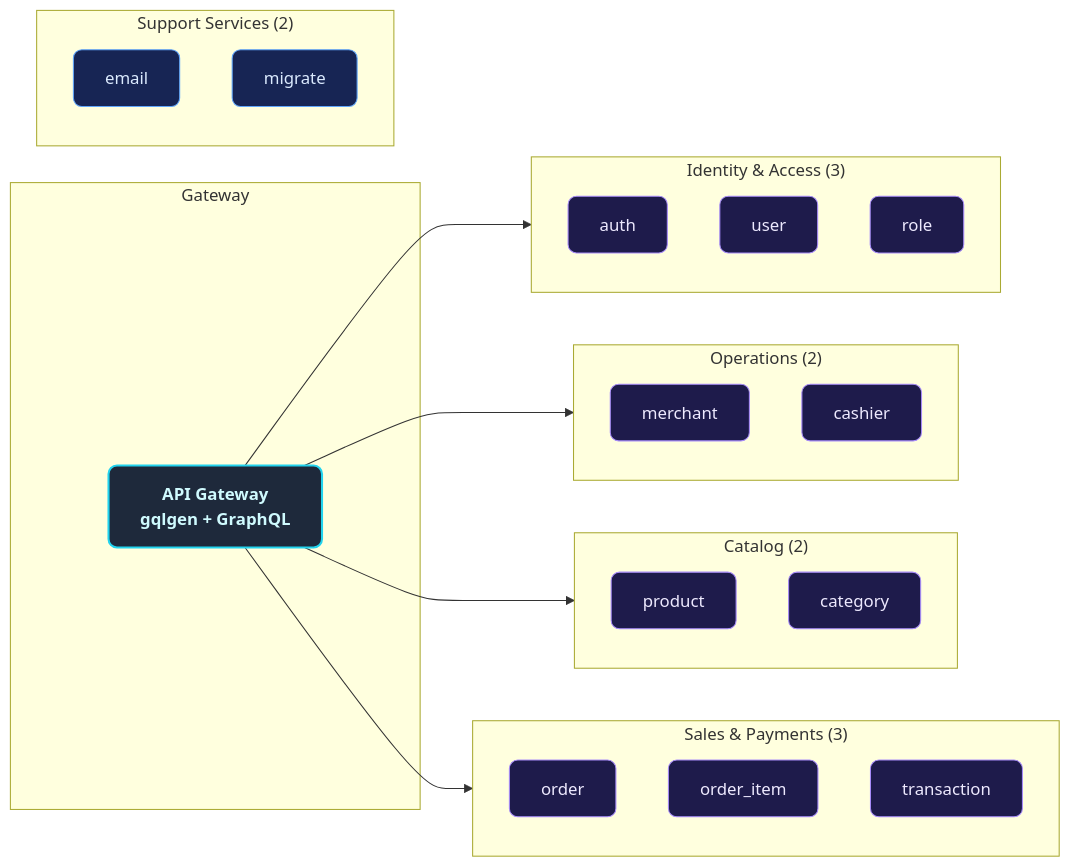
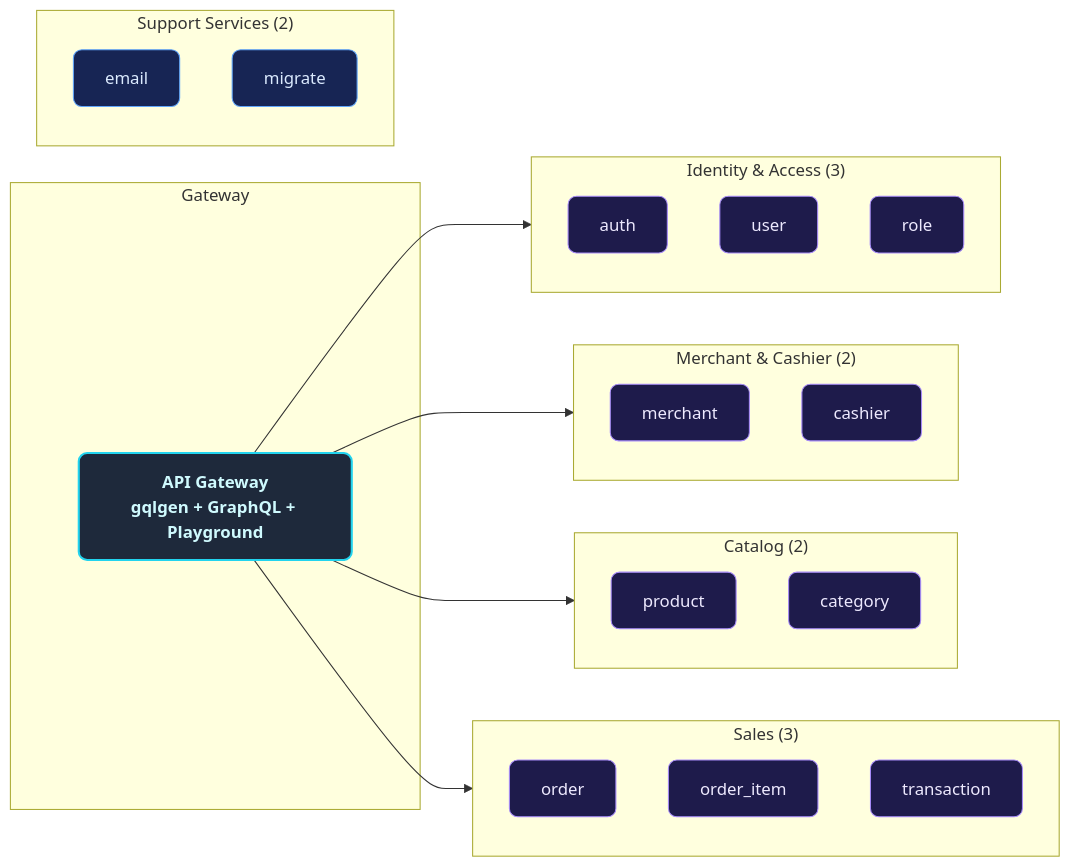
One commit to MamangRust/monolith-graphql-pointofsale-grpc changed the second of 8 diagrams in README.md. Above: the diagram before and after it, drawn with Mermaid. The commit also changed other lines of this file, not shown here.

Commit message:
docs: update README with refined service architecture, infrastructure stack, and updated mermaid diagrams

````diff
--- a/README.md
+++ b/README.md
@@ -139,42 +137,42 @@
 ```mermaid
 graph LR
     classDef svc fill:#1e1b4b,stroke:#a78bfa,color:#ede9fe,stroke-width:1px,rx:8
     classDef gw fill:#1e293b,stroke:#22d3ee,color:#cffafe,stroke-width:2px,rx:8,font-weight:bold
     classDef support fill:#172554,stroke:#60a5fa,color:#dbeafe,stroke-width:1px,rx:8
 
     subgraph Gateway
-        API["API Gateway<br/>gqlgen + GraphQL"]:::gw
+        API["API Gateway<br/>gqlgen + GraphQL + Playground"]:::gw
     end
 
     subgraph Identity["Identity & Access (3)"]
         A1["auth"]:::svc
         A2["user"]:::svc
         A3["role"]:::svc
     end
 
-    subgraph Operations["Operations (2)"]
-        O1["merchant"]:::svc
-        O2["cashier"]:::svc
+    subgraph Merchant["Merchant & Cashier (2)"]
+        M1["merchant"]:::svc
+        M2["cashier"]:::svc
     end
 
     subgraph Catalog["Catalog (2)"]
         C1["product"]:::svc
         C2["category"]:::svc
     end
 
-    subgraph Sales["Sales & Payments (3)"]
-        S1["order"]:::svc
-        S2["order_item"]:::svc
-        S3["transaction"]:::svc
+    subgraph Sales["Sales (3)"]
+        O1["order"]:::svc
+        O2["order_item"]:::svc
+        O3["transaction"]:::svc
     end
 
     subgraph Support["Support Services (2)"]
-        SU1["email"]:::support
-        SU2["migrate"]:::support
+        S1["email"]:::support
+        S2["migrate"]:::support
     end
 
     API --> Identity
-    API --> Operations
+    API --> Merchant
     API --> Catalog
     API --> Sales
 ```
````
